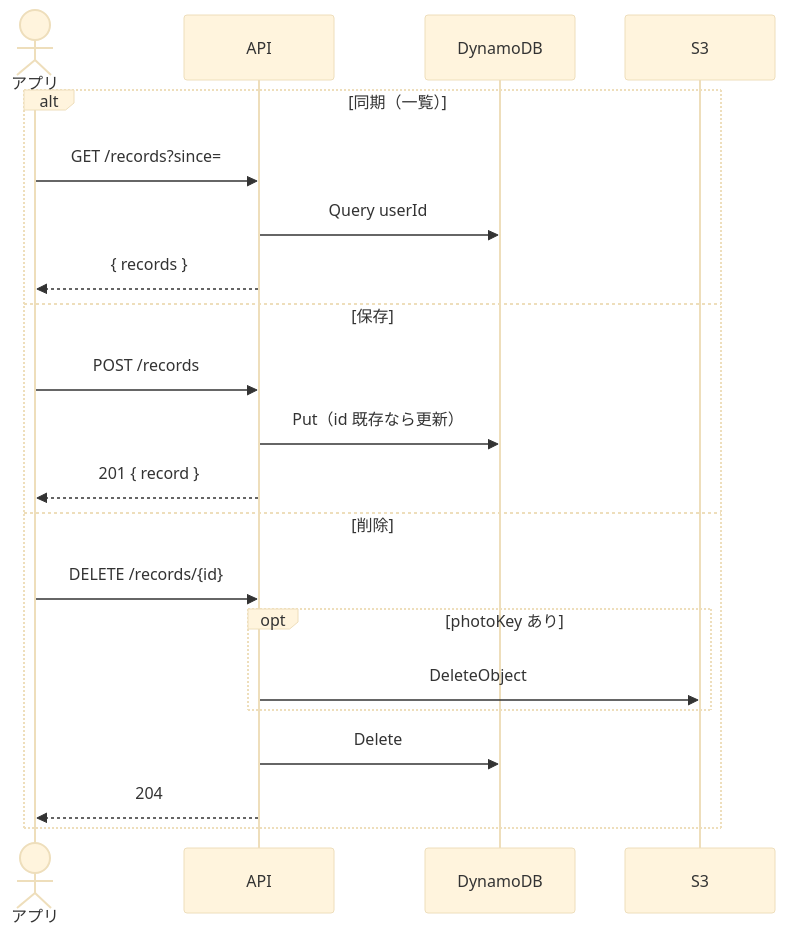
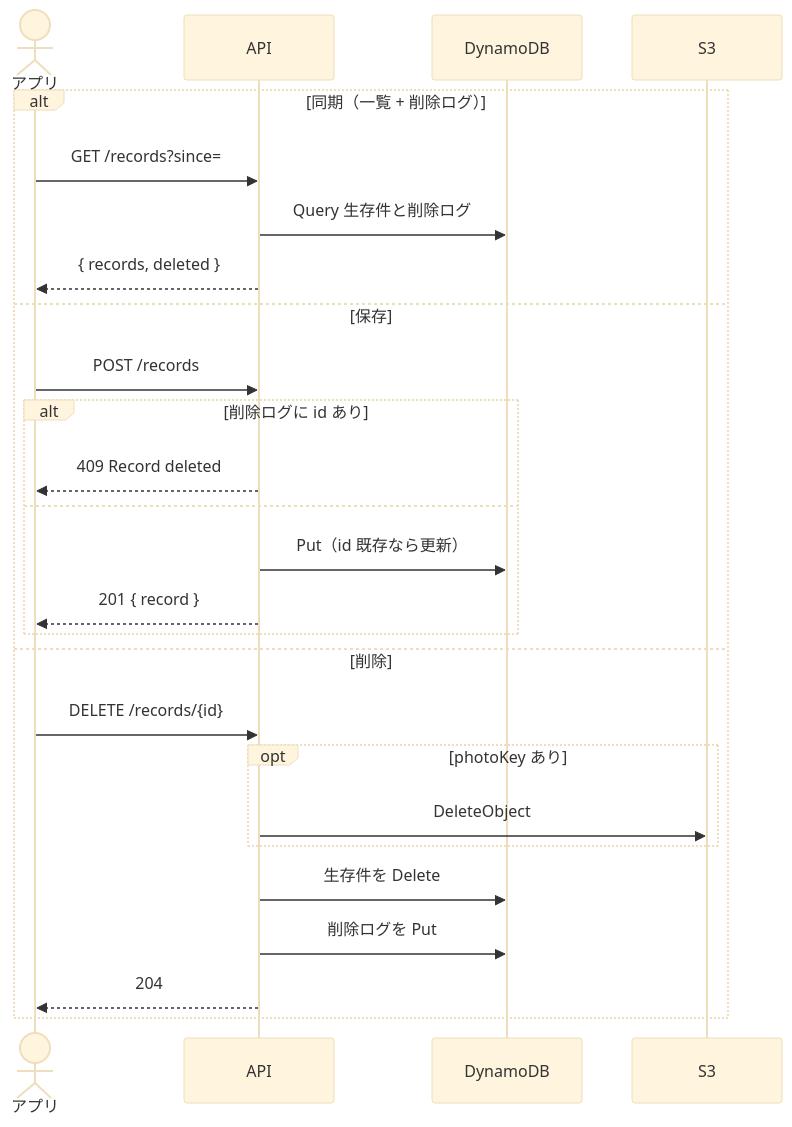
One commit to honeston/fissingplotter changed the diagram in docs/api/design/records.md. Above: the diagram before and after it, drawn with Mermaid (base theme). The commit also changed other lines of this file and 82 other files, not shown here.

````diff
--- a/docs/api/design/records.md
+++ b/docs/api/design/records.md
@@ -49,24 +51,29 @@
 ```mermaid
 sequenceDiagram
   actor App as アプリ
   participant API as API
   participant DB as DynamoDB
   participant S3 as S3
 
-  alt 同期（一覧）
+  alt 同期（一覧 + 削除ログ）
     App->>API: GET /records?since=
-    API->>DB: Query userId
-    API-->>App: { records }
+    API->>DB: Query 生存件と削除ログ
+    API-->>App: { records, deleted }
   else 保存
     App->>API: POST /records
-    API->>DB: Put（id 既存なら更新）
-    API-->>App: 201 { record }
+    alt 削除ログに id あり
+      API-->>App: 409 Record deleted
+    else
+      API->>DB: Put（id 既存なら更新）
+      API-->>App: 201 { record }
+    end
   else 削除
     App->>API: DELETE /records/{id}
     opt photoKey あり
       API->>S3: DeleteObject
     end
-    API->>DB: Delete
+    API->>DB: 生存件を Delete
+    API->>DB: 削除ログを Put
     API-->>App: 204
   end
 ```
````
